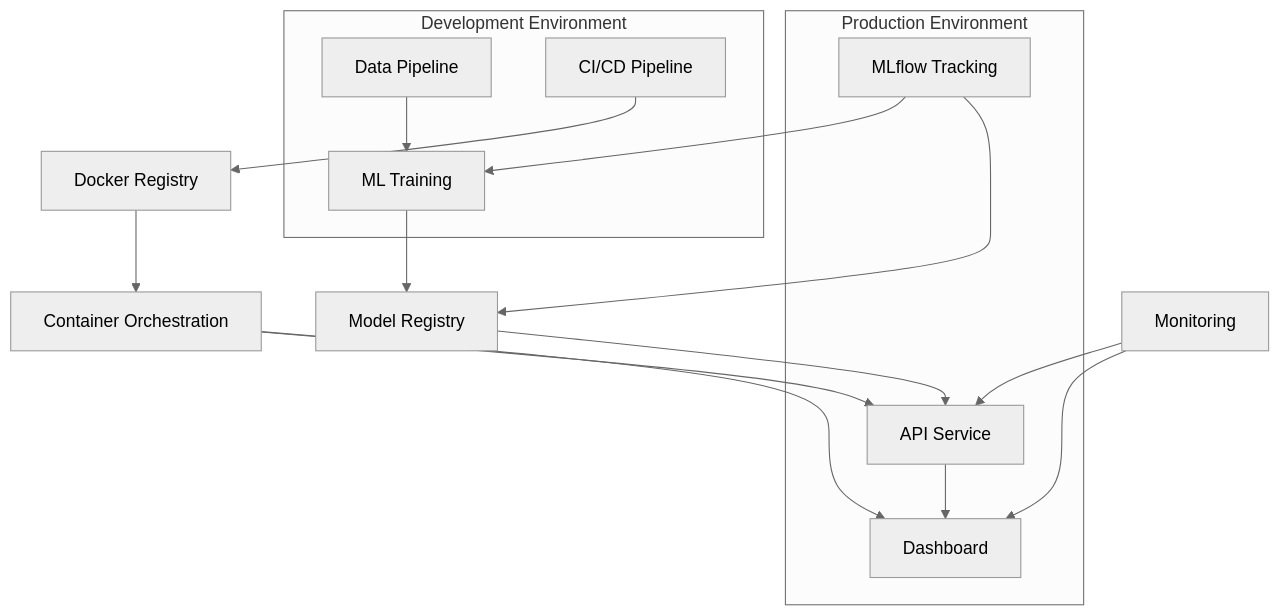
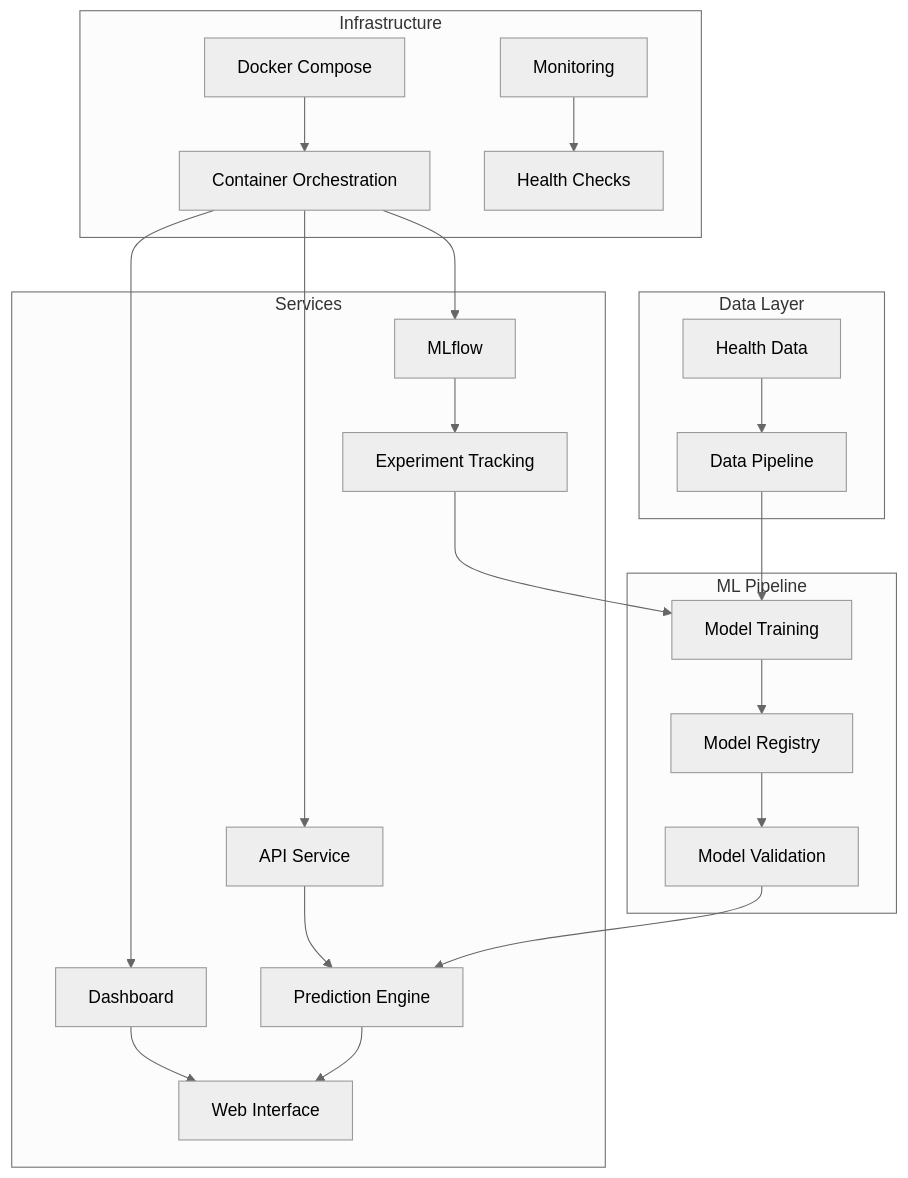
Before and after one commit to cl0ud08/health-risk-analysis: the diagram in README.md, drawn with Mermaid (neutral theme). The commit also changed other lines of this file, not shown here.

````diff
--- a/README.md
+++ b/README.md
@@ -13,30 +35,30 @@
 ```mermaid
 graph TB
-    A[Data Pipeline] --> B[ML Training]
-    B --> C[Model Registry]
-    C --> D[API Service]
-    D --> E[Dashboard]
-    
-    F[MLflow Tracking] --> B
-    F --> C
-    
-    G[CI/CD Pipeline] --> H[Docker Registry]
-    H --> I[Container Orchestration]
-    I --> D
-    I --> E
-    
-    J[Monitoring] --> D
-    J --> E
-    
-    subgraph "Production Environment"
-        D
-        E
-        F
+    subgraph "Data Layer"
+        A[Health Data] --> B[Data Pipeline]
     end
     
-    subgraph "Development Environment"
-        A
-        B
-        G
+    subgraph "ML Pipeline"
+        B --> C[Model Training]
+        C --> D[Model Registry]
+        D --> E[Model Validation]
     end
+    
+    subgraph "Services"
+        F[API Service] --> G[Prediction Engine]
+        H[Dashboard] --> I[Web Interface]
+        J[MLflow] --> K[Experiment Tracking]
+    end
+    
+    subgraph "Infrastructure"
+        L[Docker Compose] --> M[Container Orchestration]
+        N[Monitoring] --> O[Health Checks]
+    end
+    
+    E --> G
+    G --> I
+    K --> C
+    M --> F
+    M --> H
+    M --> J
 ```
````
